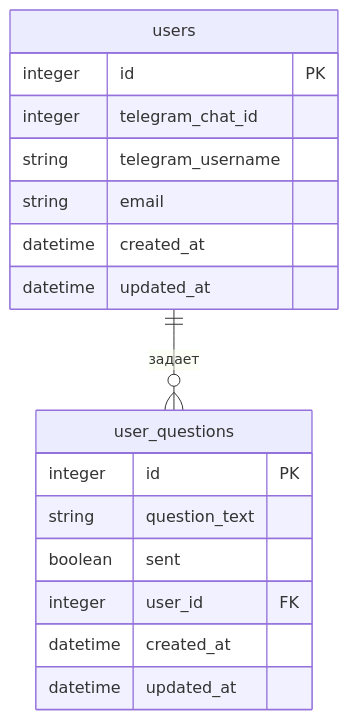
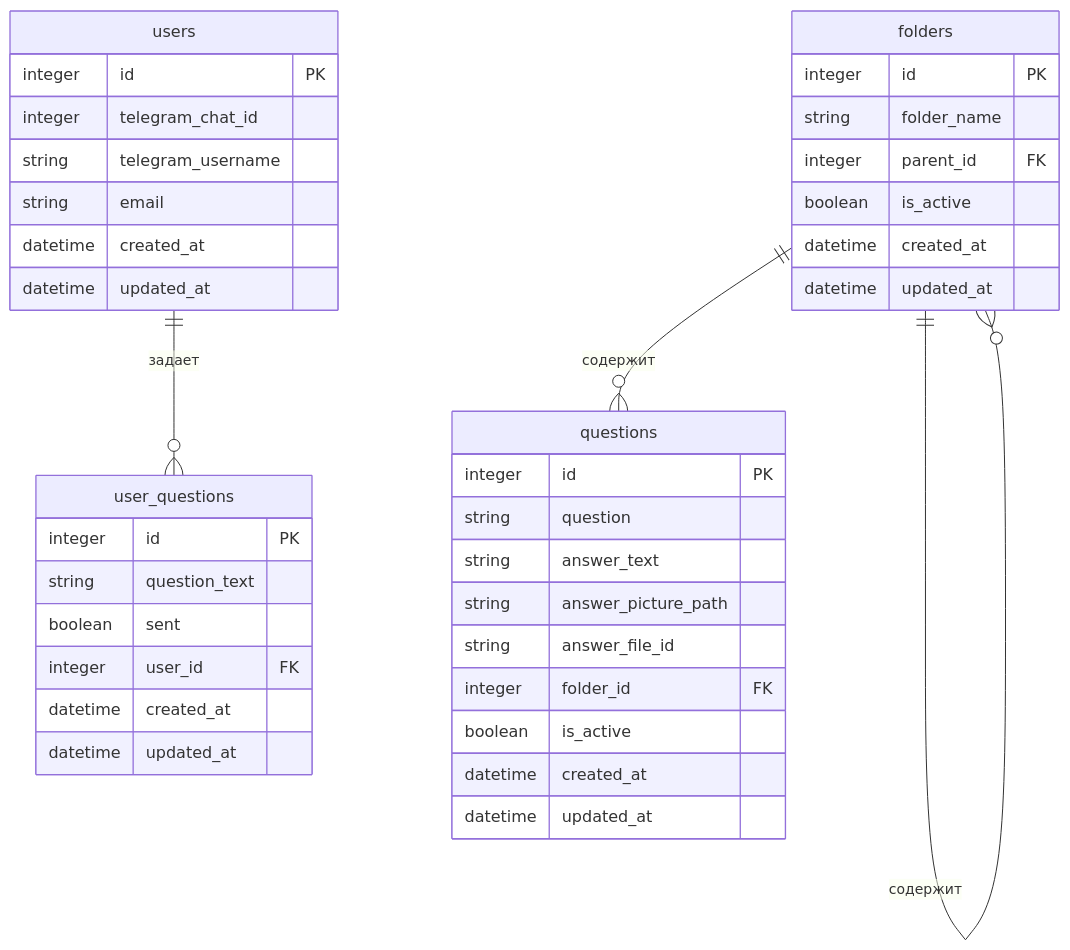
Before and after one commit to hse-perm-sandbox/donor-guide-bot: the diagram in docs/db/er-diagram.md, drawn with Mermaid.

Commit message:
Added folders and questions tables

````diff
--- a/docs/db/er-diagram.md
+++ b/docs/db/er-diagram.md
@@ -3,22 +3,46 @@
 ```mermaid
 erDiagram
     users {
         integer id PK
         integer telegram_chat_id
         string telegram_username
         string email
         datetime created_at
         datetime updated_at
     }
     
     user_questions {
         integer id PK
         string question_text
         boolean sent
         integer user_id FK
         datetime created_at
         datetime updated_at
     }
 
+    folders{
+        integer id PK
+        string folder_name
+        integer parent_id FK
+        boolean is_active
+        datetime created_at
+        datetime updated_at
+    }
+
+    questions{
+        integer id PK
+        string question
+        string answer_text
+        string answer_picture_path 
+        string answer_file_id 
+        integer folder_id FK
+        boolean is_active
+        datetime created_at
+        datetime updated_at
+    }
+
     users ||--o{ user_questions : "задает"
+    folders ||--o{ folders : "содержит"
+    folders ||--o{ questions : "содержит"
+
 ```
````
